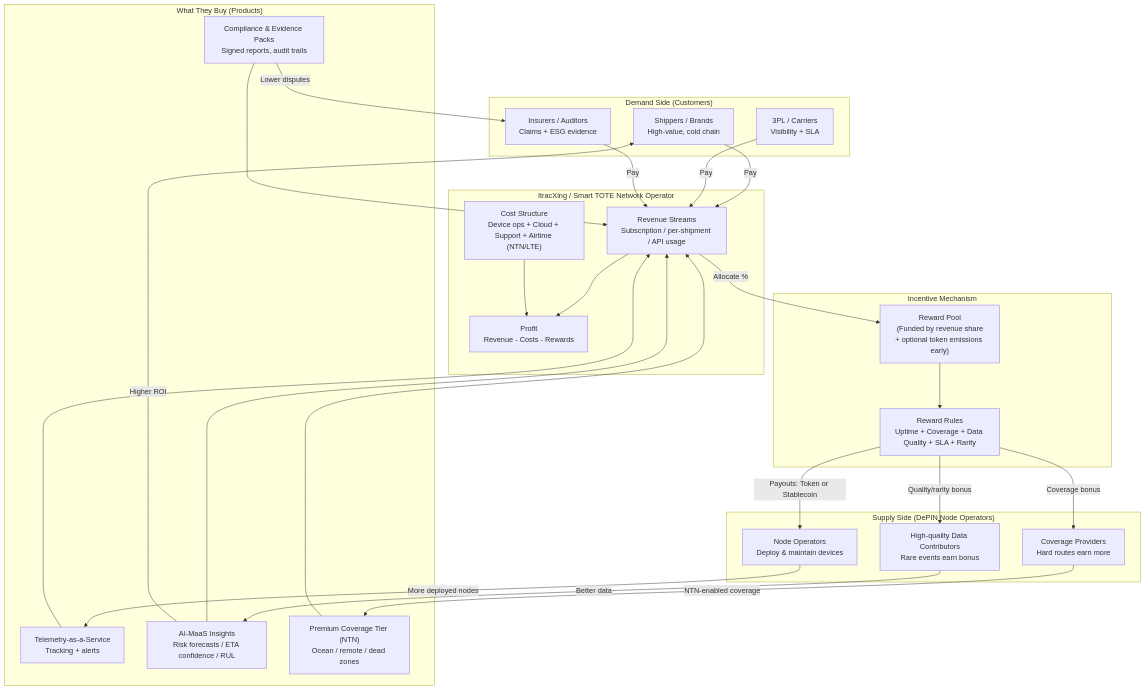
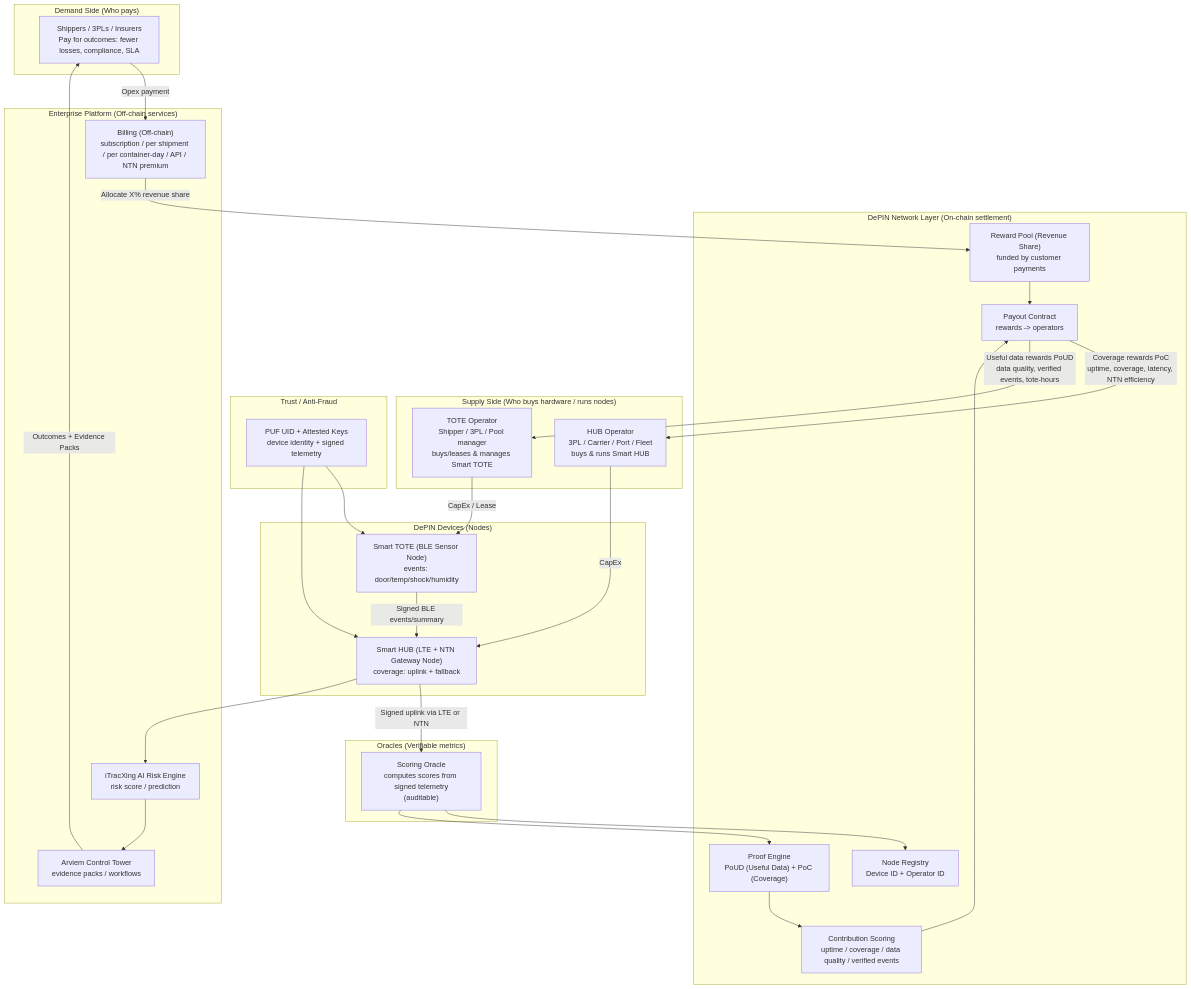
Before and after one commit to jshuo/ai-moea-proposal: the diagram in proposal/attachments/depin-business.md, drawn with Mermaid.

Commit message:
Refactor DePIN business model flowchart for clarity and structure, enhancing sections on demand, supply, and incentive mechanisms.

````diff
--- a/proposal/attachments/depin-business.md
+++ b/proposal/attachments/depin-business.md
@@ -1,64 +1,76 @@
 ```mermaid 
-flowchart TB
+
+flowchart TD
   %% =========================
-  %% Business-Only View: Money, Value, Incentives
+  %% DePIN Model: Smart TOTE + Smart HUB
   %% =========================
 
-  subgraph DEM["Demand Side (Customers)"]
-    A["Shippers / Brands<br/>High-value, cold chain"]
-    B["3PL / Carriers<br/>Visibility + SLA"]
-    C["Insurers / Auditors<br/>Claims + ESG evidence"]
+  subgraph Payers["Demand Side (Who pays)"]
+    CUST["Shippers / 3PLs / Insurers<br/>Pay for outcomes: fewer losses, compliance, SLA"]
   end
 
-  subgraph OFFER["What They Buy (Products)"]
-    S1["Telemetry-as-a-Service<br/>Tracking + alerts"]
-    S2["AI-MaaS Insights<br/>Risk forecasts / ETA confidence / RUL"]
-    S3["Compliance & Evidence Packs<br/>Signed reports, audit trails"]
-    S4["Premium Coverage Tier (NTN)<br/>Ocean / remote / dead zones"]
+  subgraph DePIN["DePIN Network Layer (On-chain settlement)"]
+    REG["Node Registry<br/>Device ID + Operator ID"]
+    PROOF["Proof Engine<br/>PoUD (Useful Data) + PoC (Coverage)"]
+    SCORE["Contribution Scoring<br/>uptime / coverage / data quality / verified events"]
+    POOL["Reward Pool (Revenue Share)<br/>funded by customer payments"]
+    PAY["Payout Contract<br/>rewards -> operators"]
   end
 
-  subgraph PLATFORM["ItracXing / Smart TOTE Network Operator"]
-    REV["Revenue Streams<br/>Subscription / per-shipment / API usage"]
-    COST["Cost Structure<br/>Device ops + Cloud + Support + Airtime (NTN/LTE)"]
-    PROF["Profit<br/>Revenue - Costs - Rewards"]
+  subgraph Oracles["Oracles (Verifiable metrics)"]
+    ORA["Scoring Oracle<br/>computes scores from signed telemetry<br/>(auditable)"]
   end
 
-  subgraph SUPPLY["Supply Side (DePIN Node Operators)"]
-    N1["Node Operators<br/>Deploy & maintain devices"]
-    N2["Coverage Providers<br/>Hard routes earn more"]
-    N3["High-quality Data Contributors<br/>Rare events earn bonus"]
+  subgraph Nodes["Supply Side (Who buys hardware / runs nodes)"]
+    OP_HUB["HUB Operator<br/>3PL / Carrier / Port / Fleet<br/>buys & runs Smart HUB"]
+    OP_TOTE["TOTE Operator<br/>Shipper / 3PL / Pool manager<br/>buys/leases & manages Smart TOTE"]
   end
 
-  subgraph INC["Incentive Mechanism"]
-    POOL["Reward Pool<br/>(Funded by revenue share<br/>+ optional token emissions early)"]
-    RULES["Reward Rules<br/>Uptime + Coverage + Data Quality + SLA + Rarity"]
+  subgraph Hardware["DePIN Devices (Nodes)"]
+    TOTE["Smart TOTE (BLE Sensor Node)<br/>events: door/temp/shock/humidity"]
+    HUB["Smart HUB (LTE + NTN Gateway Node)<br/>coverage: uplink + fallback"]
   end
 
-  %% Flows
-  A -->|Pay| REV
-  B -->|Pay| REV
-  C -->|Pay| REV
+  subgraph Trust["Trust / Anti-Fraud"]
+    PUF["PUF UID + Attested Keys<br/>device identity + signed telemetry"]
+  end
 
-  S1 --> REV
-  S2 --> REV
-  S3 --> REV
-  S4 --> REV
+  subgraph Platform["Enterprise Platform (Off-chain services)"]
+    AI["iTracXing AI Risk Engine<br/>risk score / prediction"]
+    EVID["Arviem Control Tower<br/>evidence packs / workflows"]
+    BILL["Billing (Off-chain)<br/>subscription / per shipment / per container-day / API / NTN premium"]
+  end
 
-  REV --> PROF
-  COST --> PROF
+  %% --- Who buys hardware (CapEx) ---
+  OP_TOTE -->|CapEx / Lease| TOTE
+  OP_HUB  -->|CapEx| HUB
 
-  REV -->|Allocate %| POOL
-  POOL --> RULES
-  RULES -->|Payouts: Token or Stablecoin| N1
-  RULES -->|Coverage bonus| N2
-  RULES -->|Quality/rarity bonus| N3
+  %% --- Device identity & signed data ---
+  PUF --> TOTE
+  PUF --> HUB
+  TOTE -->|Signed BLE events/summary| HUB
+  HUB -->|Signed uplink via LTE or NTN| ORA
 
-  %% Value feedback loop
-  N1 -->|More deployed nodes| S1
-  N2 -->|NTN-enabled coverage| S4
-  N3 -->|Better data| S2
-  S2 -->|Higher ROI| A
-  S3 -->|Lower disputes| C
+  %% --- Proof & scoring ---
+  ORA --> REG
+  ORA --> PROOF
+  PROOF --> SCORE
+
+  %% --- Customer revenue funds rewards (DePIN economics) ---
+  CUST -->|Opex payment| BILL
+  BILL -->|Allocate X% revenue share| POOL
+
+  %% --- Rewards paid to node operators ---
+  SCORE --> PAY
+  POOL --> PAY
+  PAY -->|Coverage rewards PoC<br/>uptime, coverage, latency, NTN efficiency| OP_HUB
+  PAY -->|Useful data rewards PoUD<br/>data quality, verified events, tote-hours| OP_TOTE
+
+  %% --- Outcomes delivered back to customers ---
+  HUB --> AI
+  AI --> EVID
+  EVID -->|Outcomes + Evidence Packs| CUST
+
 
 
 ```
````
